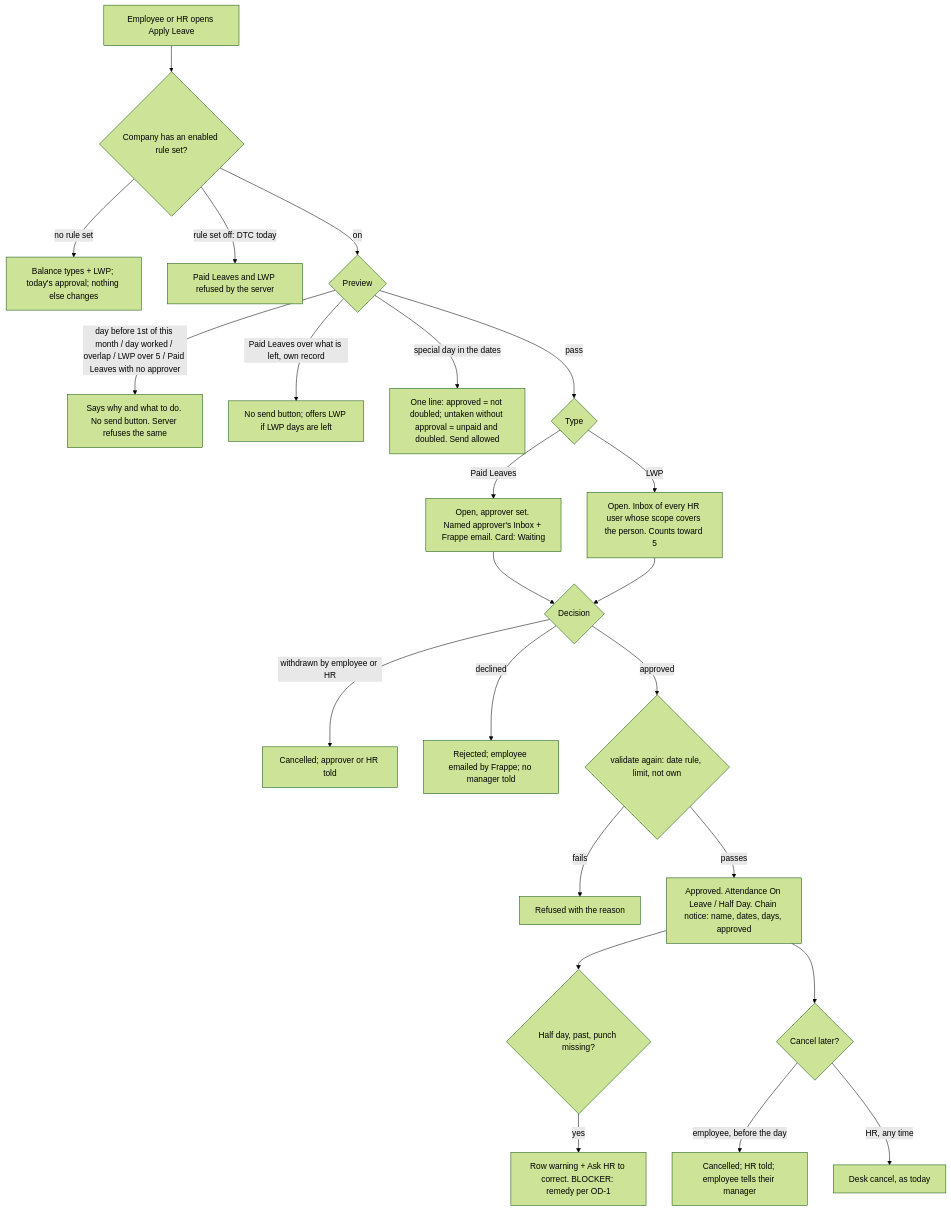
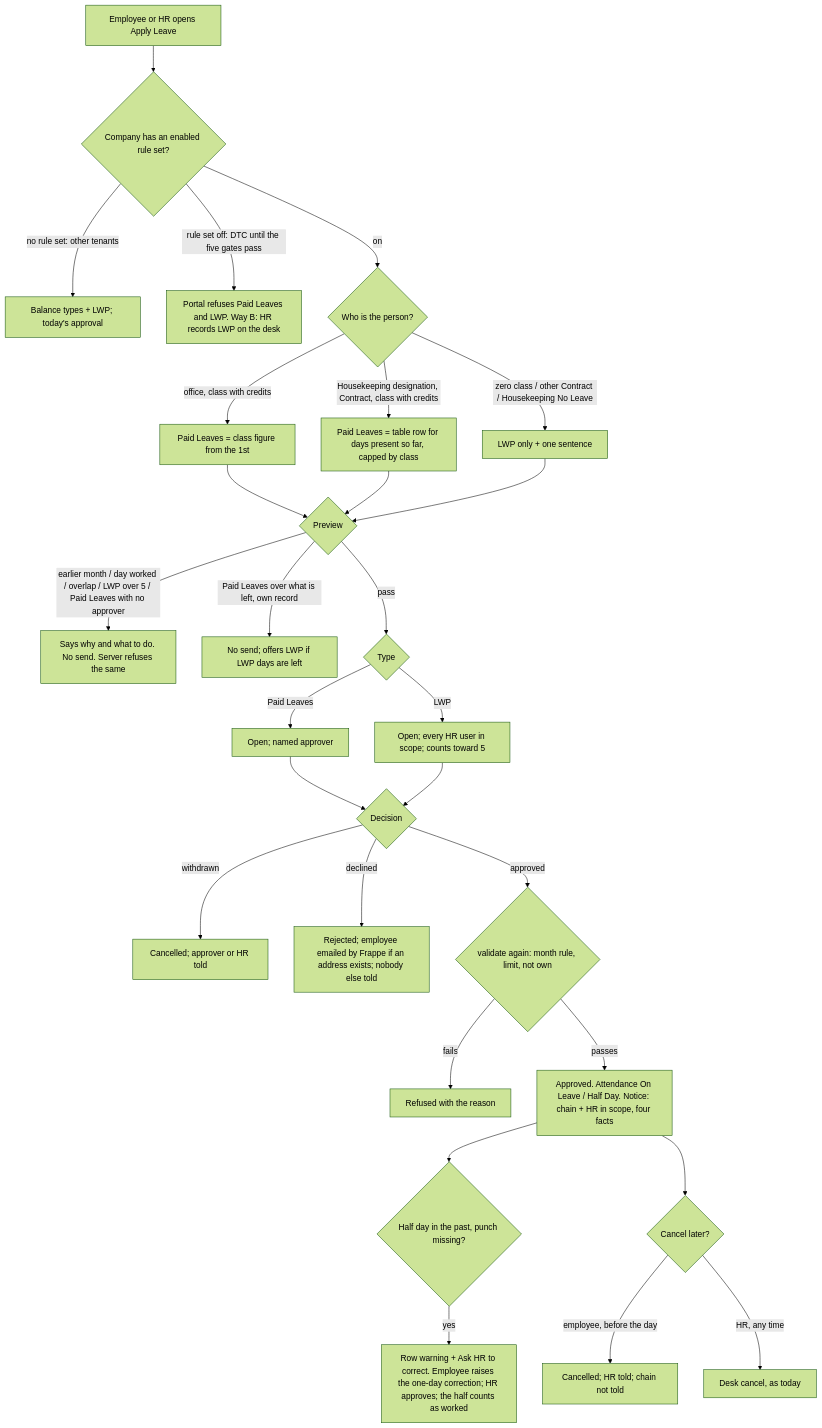
Before and after one commit to surbhigoyal7381-agent/hr-app: the diagram in docs/slices/063-dtc-leave-credit-and-lwp/03-functional-spec.md, drawn with Mermaid (forest theme). The commit also changed other lines of this file and 8 other files, not shown here.

````diff
--- a/docs/slices/063-dtc-leave-credit-and-lwp/03-functional-spec.md
+++ b/docs/slices/063-dtc-leave-credit-and-lwp/03-functional-spec.md
@@ -137,25 +143,30 @@
 ```mermaid
 flowchart TD
   A[Employee or HR opens Apply Leave] --> B{Company has an enabled rule set?}
-  B -- no rule set --> B1[Balance types + LWP; today's approval; nothing else changes]
-  B -- rule set off: DTC today --> B2[Paid Leaves and LWP refused by the server]
-  B -- on --> C{Preview}
-  C -- day before 1st of this month / day worked / overlap / LWP over 5 / Paid Leaves with no approver --> C1[Says why and what to do. No send button. Server refuses the same]
-  C -- Paid Leaves over what is left, own record --> C2[No send button; offers LWP if LWP days are left]
-  C -- special day in the dates --> C3[One line: approved = not doubled; untaken without approval = unpaid and doubled. Send allowed]
+  B -- no rule set: other tenants --> B1[Balance types + LWP; today's approval]
+  B -- rule set off: DTC until the five gates pass --> B2[Portal refuses Paid Leaves and LWP. Way B: HR records LWP on the desk]
+  B -- on --> W{Who is the person?}
+  W -- office, class with credits --> O[Paid Leaves = class figure from the 1st]
+  W -- Housekeeping designation, Contract, class with credits --> H[Paid Leaves = table row for days present so far, capped by class]
+  W -- zero class / other Contract / Housekeeping No Leave --> Z[LWP only + one sentence]
+  O --> C{Preview}
+  H --> C
+  Z --> C
+  C -- earlier month / day worked / overlap / LWP over 5 / Paid Leaves with no approver --> C1[Says why and what to do. No send. Server refuses the same]
+  C -- Paid Leaves over what is left, own record --> C2[No send; offers LWP if LWP days are left]
   C -- pass --> D{Type}
-  D -- Paid Leaves --> D1[Open, approver set. Named approver's Inbox + Frappe email. Card: Waiting]
-  D -- LWP --> D2[Open. Inbox of every HR user whose scope covers the person. Counts toward 5]
+  D -- Paid Leaves --> D1[Open; named approver]
+  D -- LWP --> D2[Open; every HR user in scope; counts toward 5]
   D1 --> E{Decision}
   D2 --> E
-  E -- withdrawn by employee or HR --> E0[Cancelled; approver or HR told]
-  E -- declined --> E1[Rejected; employee emailed by Frappe; no manager told]
-  E -- approved --> F{validate again: date rule, limit, not own}
+  E -- withdrawn --> E0[Cancelled; approver or HR told]
+  E -- declined --> E1[Rejected; employee emailed by Frappe if an address exists; nobody else told]
+  E -- approved --> F{validate again: month rule, limit, not own}
   F -- fails --> F1[Refused with the reason]
-  F -- passes --> G[Approved. Attendance On Leave / Half Day. Chain notice: name, dates, days, approved]
-  G --> H{Half day, past, punch missing?}
-  H -- yes --> H1[Row warning + Ask HR to correct. BLOCKER: remedy per OD-1]
-  G --> I{Cancel later?}
-  I -- employee, before the day --> I1[Cancelled; HR told; employee tells their manager]
-  I -- HR, any time --> I2[Desk cancel, as today]
+  F -- passes --> G[Approved. Attendance On Leave / Half Day. Notice: chain + HR in scope, four facts]
+  G --> I{Half day in the past, punch missing?}
+  I -- yes --> I1[Row warning + Ask HR to correct. Employee raises the one-day correction; HR approves; the half counts as worked]
+  G --> J{Cancel later?}
+  J -- employee, before the day --> J1[Cancelled; HR told; chain not told]
+  J -- HR, any time --> J2[Desk cancel, as today]
 ```
````
